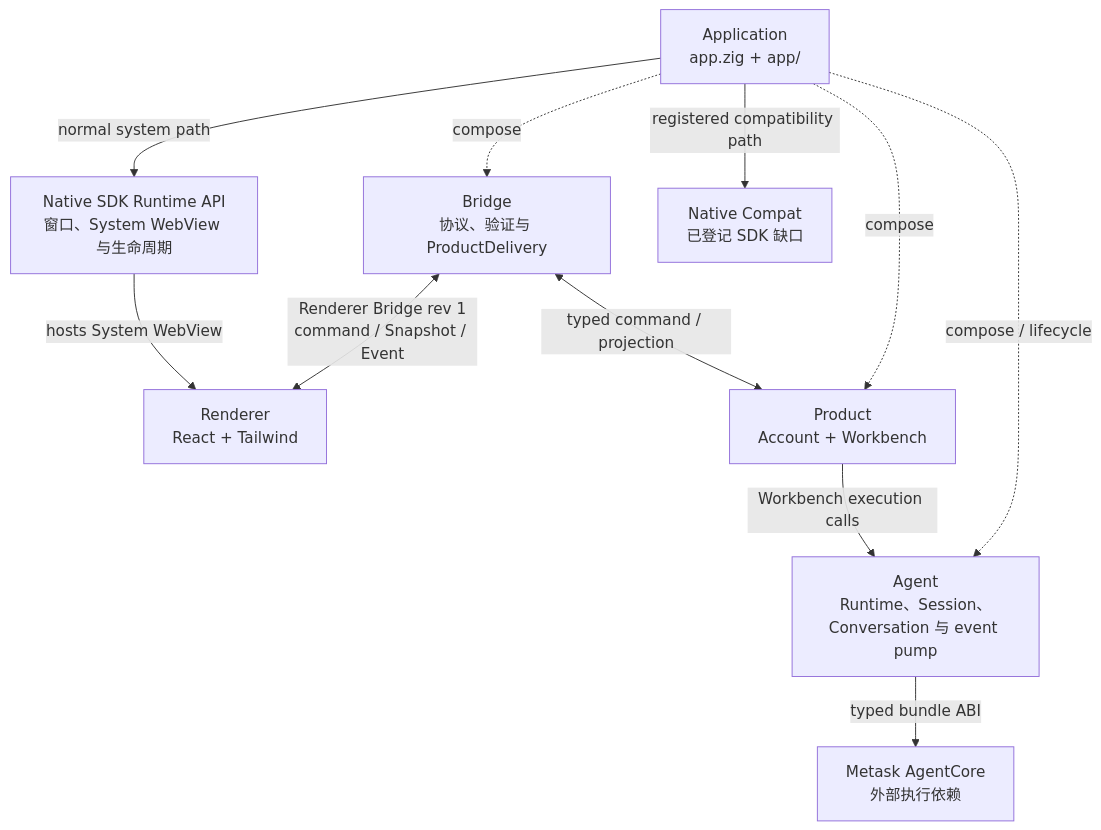
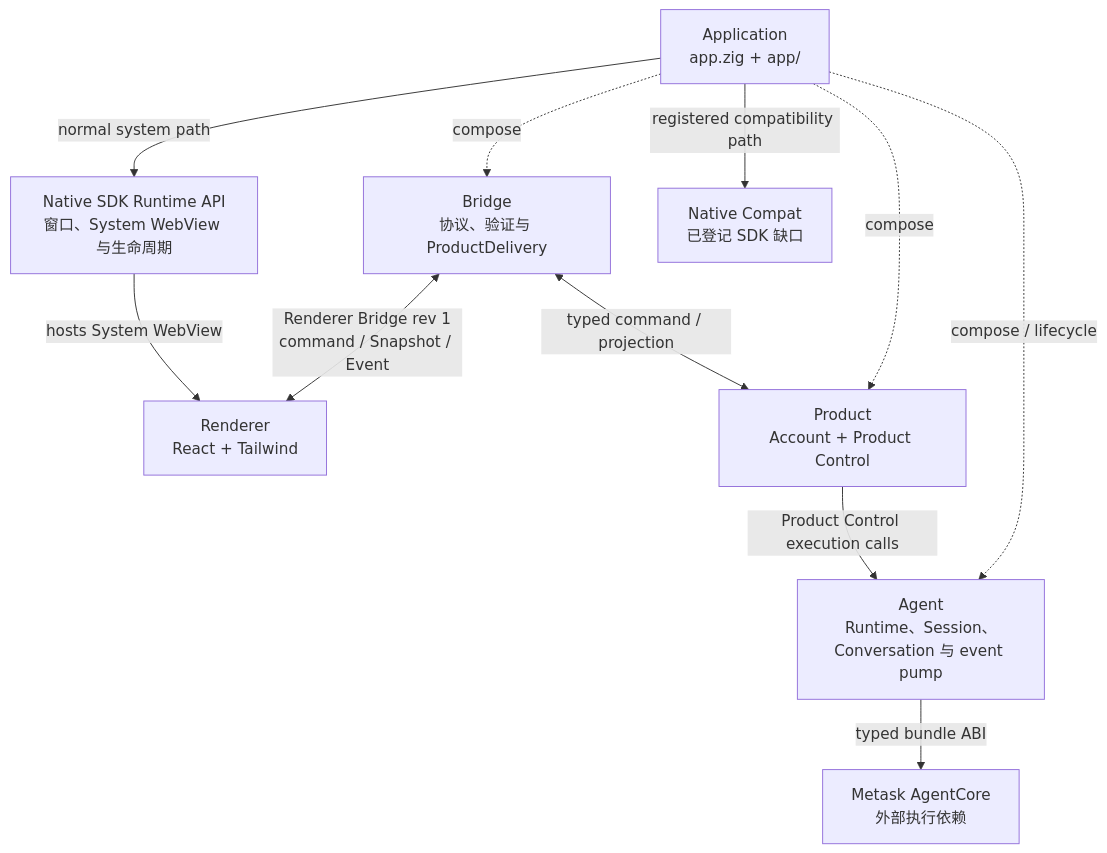
Before and after one commit to metask-ai/metawork: the diagram in docs/architecture.md, drawn with Mermaid. The commit also changed other lines of this file and 2 other files, not shown here.

Commit message:
docs(product): define Product Control boundaries

````diff
--- a/docs/architecture.md
+++ b/docs/architecture.md
@@ -28,22 +28,22 @@
 ```mermaid
 flowchart TB
     RENDERER["Renderer<br/>React + Tailwind"]
     APPLICATION["Application<br/>app.zig + app/"]
     BRIDGE["Bridge<br/>协议、验证与 ProductDelivery"]
-    PRODUCT["Product<br/>Account + Workbench"]
+    PRODUCT["Product<br/>Account + Product Control"]
     AGENT["Agent<br/>Runtime、Session、Conversation 与 event pump"]
     AGENTCORE["Metask AgentCore<br/>外部执行依赖"]
     NATIVE_RUNTIME["Native SDK Runtime API<br/>窗口、System WebView 与生命周期"]
     NATIVE_COMPAT["Native Compat<br/>已登记 SDK 缺口"]
 
     APPLICATION -. "compose" .-> BRIDGE
     APPLICATION -. "compose" .-> PRODUCT
     APPLICATION -. "compose / lifecycle" .-> AGENT
     BRIDGE <-->|"Renderer Bridge rev 1<br/>command / Snapshot / Event"| RENDERER
     BRIDGE <-->|"typed command / projection"| PRODUCT
-    PRODUCT -->|"Workbench execution calls"| AGENT
+    PRODUCT -->|"Product Control execution calls"| AGENT
     AGENT -->|"typed bundle ABI"| AGENTCORE
     APPLICATION -->|"normal system path"| NATIVE_RUNTIME
     APPLICATION -->|"registered compatibility path"| NATIVE_COMPAT
     NATIVE_RUNTIME -->|"hosts System WebView"| RENDERER
 ```
````
